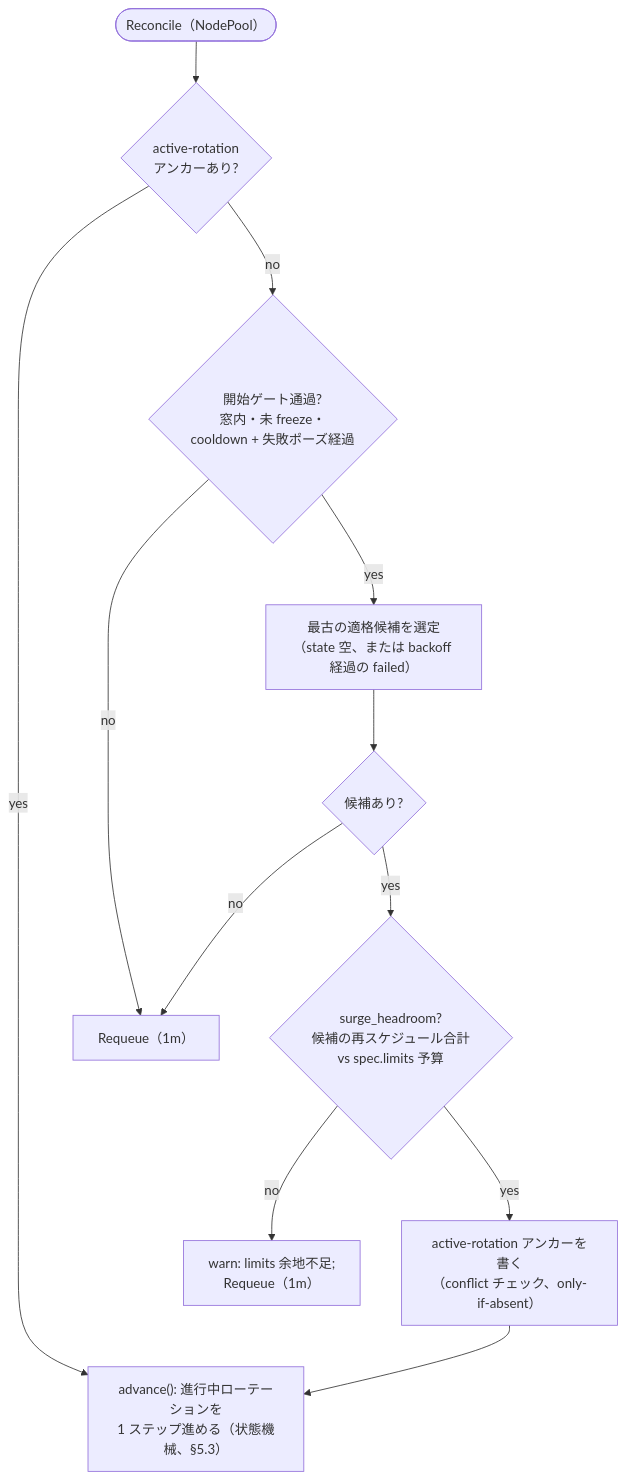
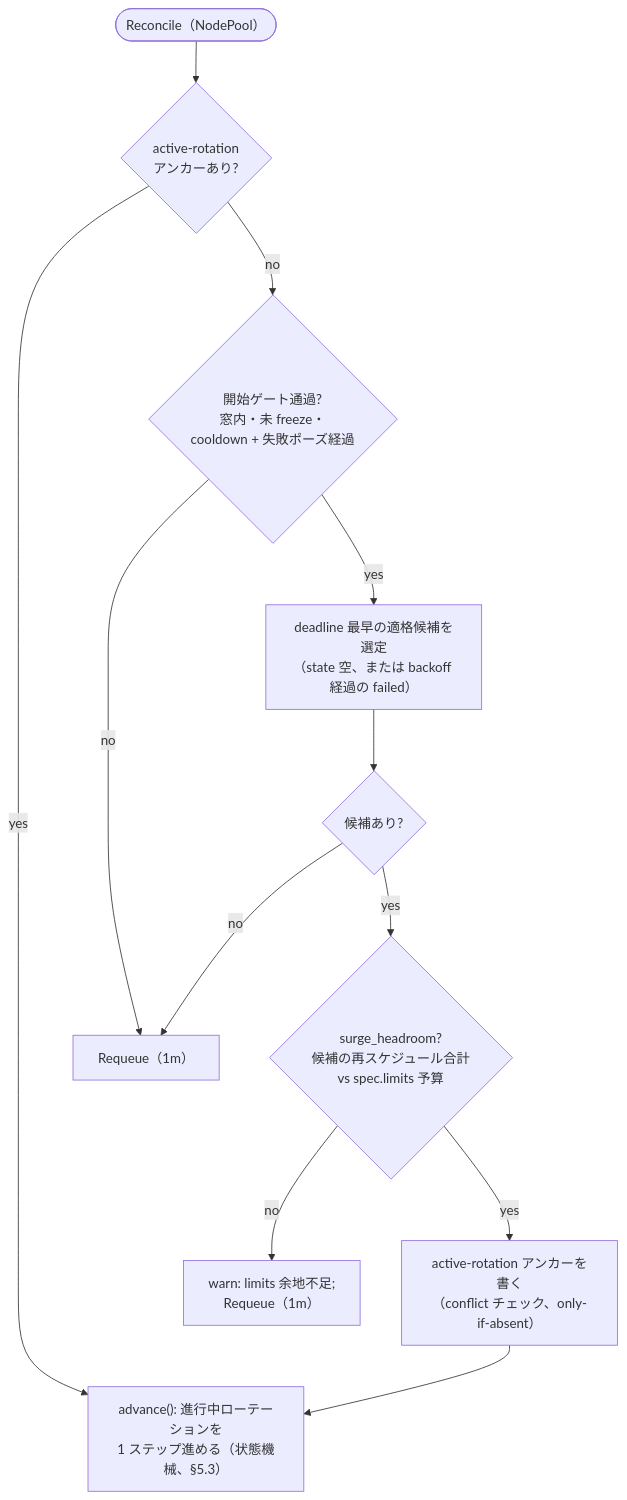
Before and after one commit to AkashiSN/node-rotation-controller: the fourth of 5 diagrams in docs/ja/specification.md, drawn with Mermaid. The commit also changed other lines of this file and 4 other files, not shown here.

````diff
--- a/docs/ja/specification.md
+++ b/docs/ja/specification.md
@@ -586,14 +586,14 @@
 ```mermaid
 flowchart TD
     entry(["Reconcile（NodePool）"]) --> q1{"active-rotation<br/>アンカーあり?"}
     q1 -->|yes| adv["advance(): 進行中ローテーションを<br/>1 ステップ進める（状態機械、§5.3）"]
     q1 -->|no| q2{"開始ゲート通過?<br/>窓内・未 freeze・<br/>cooldown + 失敗ポーズ経過"}
     q2 -->|no| rq["Requeue（1m）"]
-    q2 -->|yes| pick["最古の適格候補を選定<br/>（state 空、または backoff 経過の failed）"]
+    q2 -->|yes| pick["deadline 最早の適格候補を選定<br/>（state 空、または backoff 経過の failed）"]
     pick --> q3{"候補あり?"}
     q3 -->|no| rq
     q3 -->|yes| q4{"surge_headroom?<br/>候補の再スケジュール合計<br/>vs spec.limits 予算"}
     q4 -->|no| warn["warn: limits 余地不足;<br/>Requeue（1m）"]
     q4 -->|yes| anchor["active-rotation アンカーを書く<br/>（conflict チェック、only-if-absent）"]
     anchor --> adv
 ```
````
